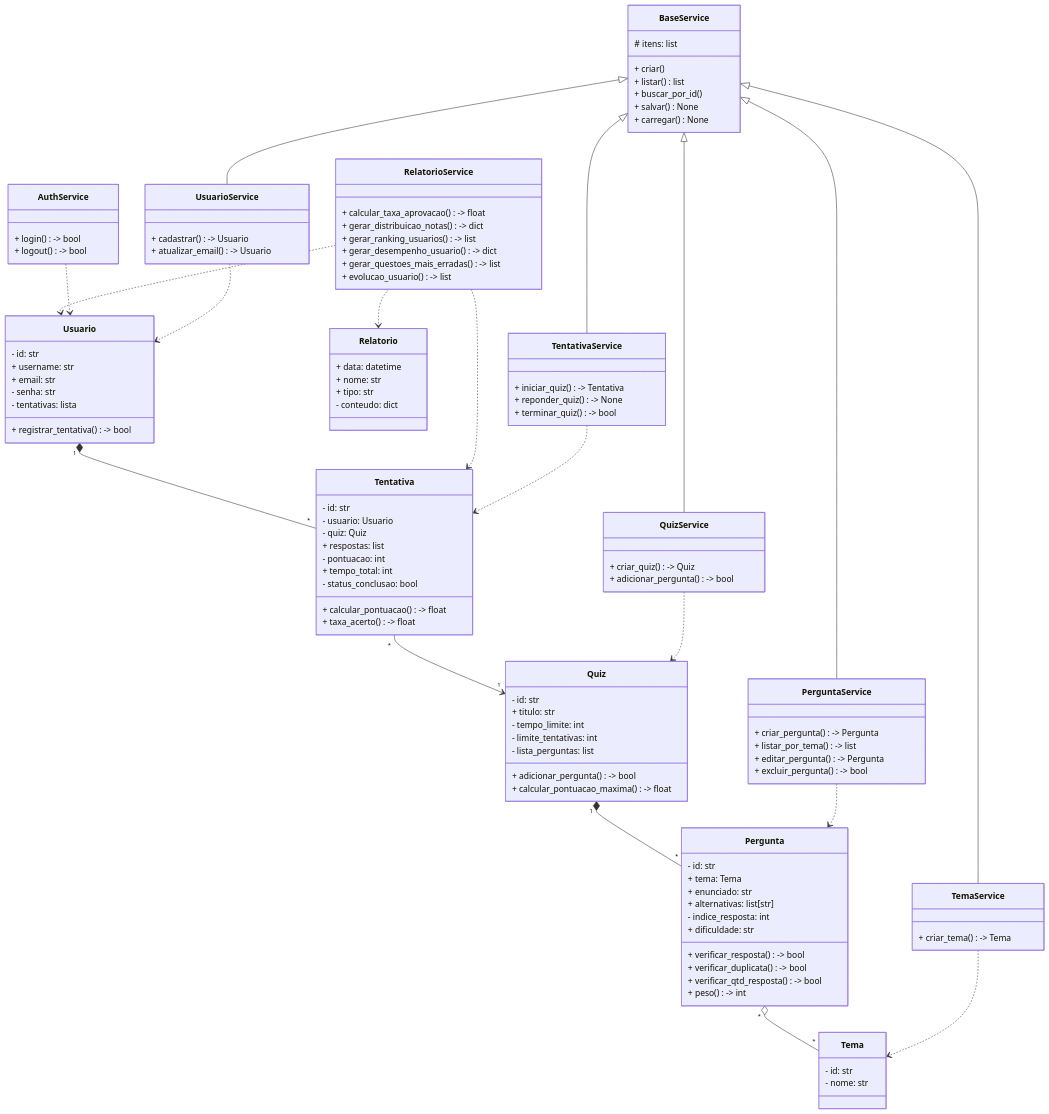
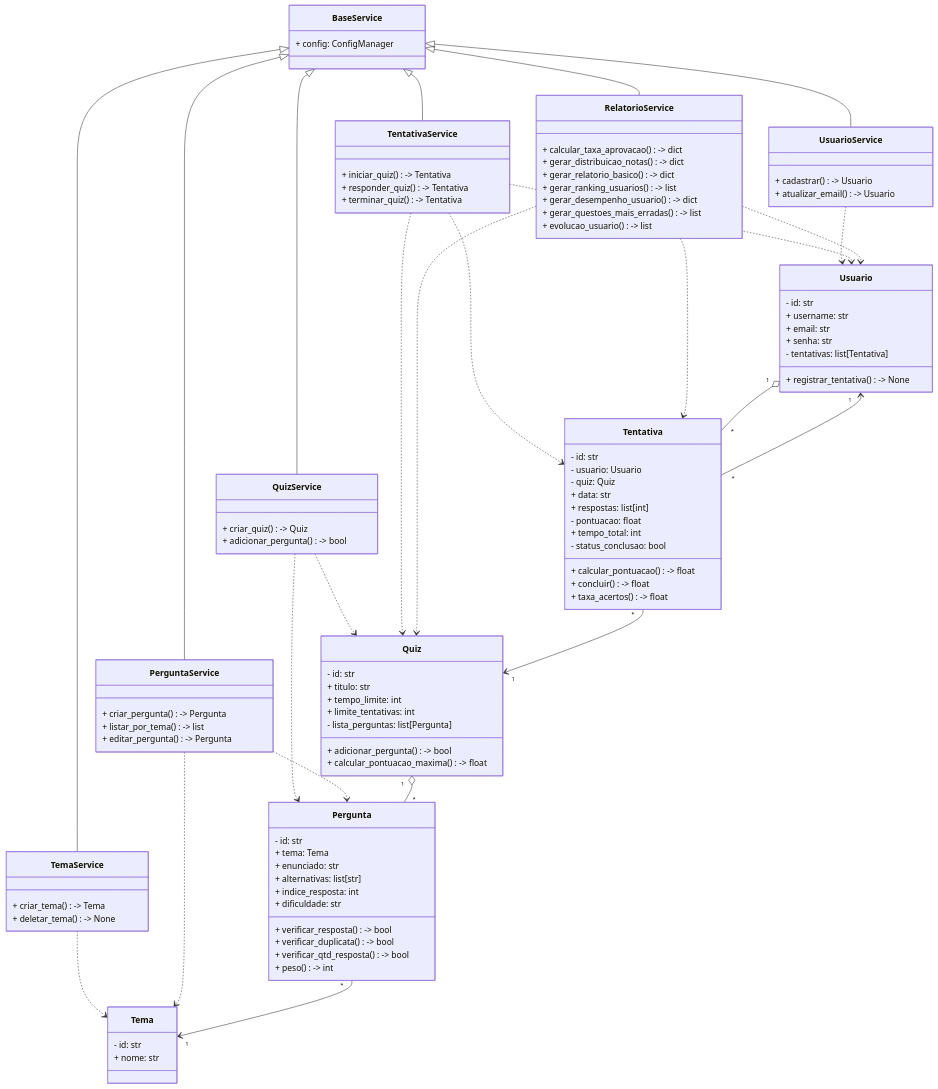
The diagram in README.md (EzequielFerreira35/sistema-de-quiz-educacional), drawn with Mermaid before and after one commit. The commit also changed other lines of this file, not shown here.

````diff
--- a/README.md
+++ b/README.md
@@ -12,15 +92,15 @@
 classDiagram
     class Tema{
         - id: str
-        - nome: str
+        + nome: str
     }
 
     class Quiz {
         - id: str
         + titulo: str
-        - tempo_limite: int
-        - limite_tentativas: int
-        - lista_perguntas: list
+        + tempo_limite: int
+        + limite_tentativas: int
+        - lista_perguntas: list[Pergunta]
         + adicionar_pergunta() -> bool
         + calcular_pontuacao_maxima() -> float
     }
@@ -30,7 +110,7 @@
         + tema: Tema
         + enunciado: str
         + alternativas: list[str]
-        - indice_resposta: int
+        + indice_resposta: int
         + dificuldade: str
 
         + verificar_resposta() -> bool
@@ -43,38 +123,28 @@
         - id: str
         + username: str
         + email: str
-        - senha: str
-        - tentativas: lista
-        + registrar_tentativa() -> bool
+        + senha: str
+        - tentativas: list[Tentativa]
+        + registrar_tentativa() -> None
     }
 
     class Tentativa {
         - id: str
         - usuario: Usuario
         - quiz: Quiz
-        + respostas: list
-        - pontuacao: int
+        + data: str
+        + respostas: list[int]
+        - pontuacao: float
         + tempo_total: int  
         - status_conclusao: bool
 
         + calcular_pontuacao() -> float
-        + taxa_acerto() -> float
+        + concluir() -> float
+        + taxa_acertos() -> float
         }
-    
-    class Relatorio {
-        + data: datetime
-        + nome: str
-        + tipo: str
-        - conteudo: dict
-    }
 
     class BaseService {
-        # itens: list
-        + criar()
-        + listar() list
-        + buscar_por_id()
-        + salvar() None
-        + carregar() None
+        + config: ConfigManager
     }
 
     class QuizService {
@@ -84,6 +154,7 @@
 
     class TemaService {
         + criar_tema() -> Tema
+        + deletar_tema() -> None
         }
 
     class UsuarioService {
@@ -95,50 +166,49 @@
         + criar_pergunta() -> Pergunta
         + listar_por_tema() -> list
         + editar_pergunta() -> Pergunta
-        + excluir_pergunta() -> bool
         }
 
     class TentativaService {
         + iniciar_quiz() -> Tentativa
-        + reponder_quiz() -> None
-        + terminar_quiz() -> bool
+        + responder_quiz() -> Tentativa
+        + terminar_quiz() -> Tentativa
         }
 
     class RelatorioService {
-        + calcular_taxa_aprovacao() -> float
+        + calcular_taxa_aprovacao() -> dict
         + gerar_distribuicao_notas() -> dict
+        + gerar_relatorio_basico() -> dict
         + gerar_ranking_usuarios() -> list
         + gerar_desempenho_usuario() -> dict
         + gerar_questoes_mais_erradas() -> list
         + evolucao_usuario() -> list
         }
 
-    class AuthService {
-        + login() -> bool
-        + logout() -> bool
-        }
-
     UsuarioService ..> Usuario 
     QuizService ..> Quiz
+    QuizService ..> Pergunta
     TemaService ..> Tema
-    PerguntaService ..>  Pergunta
+    PerguntaService ..> Pergunta
+    PerguntaService ..> Tema
     TentativaService ..> Tentativa
-    RelatorioService ..> Relatorio
-    AuthService ..> Usuario
+    TentativaService ..> Quiz
+    TentativaService ..> Usuario
     RelatorioService ..> Tentativa 
+    RelatorioService ..> Quiz
     RelatorioService ..> Usuario 
 
 
-    Quiz "1" *-- "*" Pergunta
-    Pergunta "*" o-- "*" Tema
+    Quiz "1" o-- "*" Pergunta
+    Pergunta "*" --> "1" Tema
     Tentativa "*" --> "1" Quiz
-    Usuario "1" *-- "*" Tentativa
+    Tentativa "*" --> "1" Usuario
+    Usuario "1" o-- "*" Tentativa
 
     BaseService <|-- TemaService
     BaseService <|-- QuizService
     BaseService <|-- UsuarioService
     BaseService <|-- PerguntaService
     BaseService <|-- TentativaService
-
+    BaseService <|-- RelatorioService
 
 ```
````
